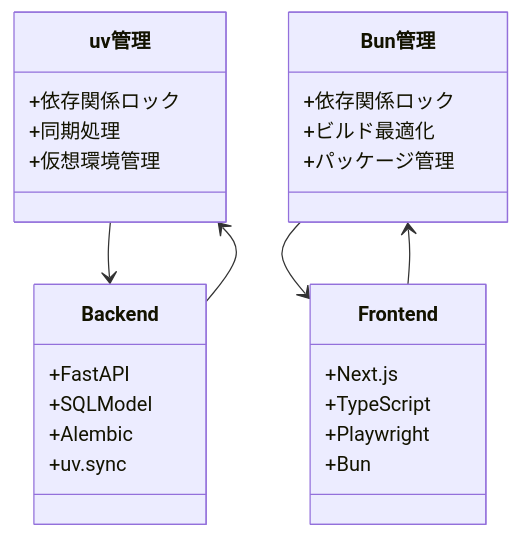
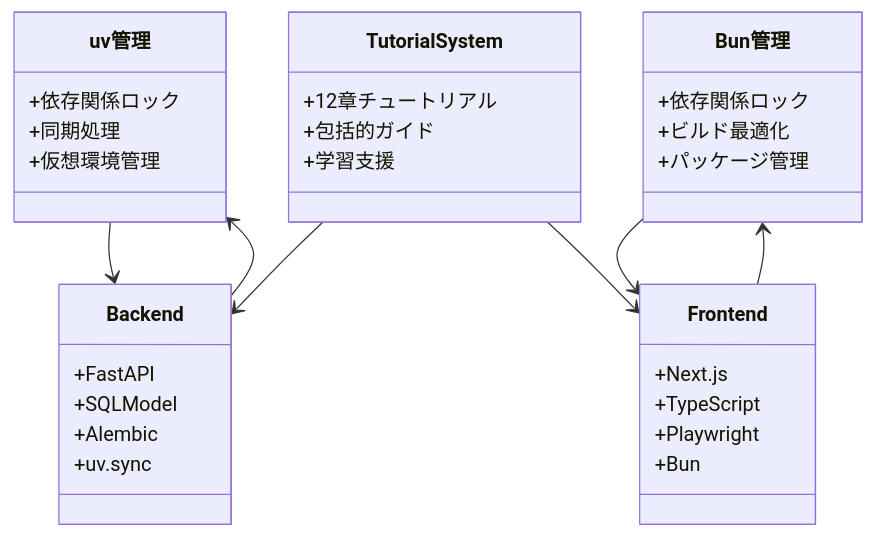
The fifth of 7 diagrams in .qoder/repowiki/ja/content/開発ワークフロー/開発ワークフロー.md (ss8806/Todos), drawn with Mermaid before and after one commit. The commit also changed other lines of this file and 35 other files, not shown here.

````diff
--- a/.qoder/repowiki/ja/content/開発ワークフロー/開発ワークフロー.md
+++ b/.qoder/repowiki/ja/content/開発ワークフロー/開発ワークフロー.md
@@ -243,29 +297,36 @@
 ```mermaid
 classDiagram
 class uv管理 {
 +依存関係ロック
 +同期処理
 +仮想環境管理
 }
 class Bun管理 {
 +依存関係ロック
 +ビルド最適化
 +パッケージ管理
 }
 class Backend {
 +FastAPI
 +SQLModel
 +Alembic
 +uv.sync
 }
 class Frontend {
 +Next.js
 +TypeScript
 +Playwright
 +Bun
 }
+class TutorialSystem {
++12章チュートリアル
++包括的ガイド
++学習支援
+}
 uv管理 --> Backend
 Bun管理 --> Frontend
 Backend --> uv管理
 Frontend --> Bun管理
+TutorialSystem --> Backend
+TutorialSystem --> Frontend
 ```
````
